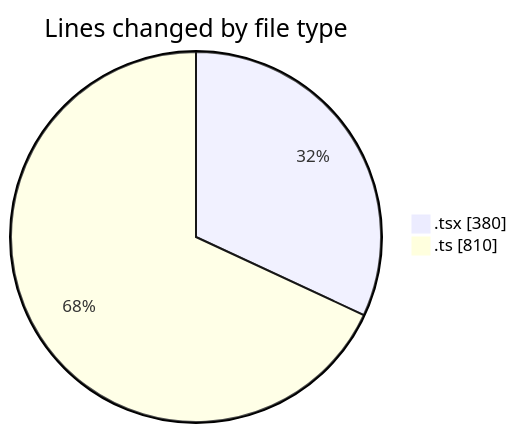
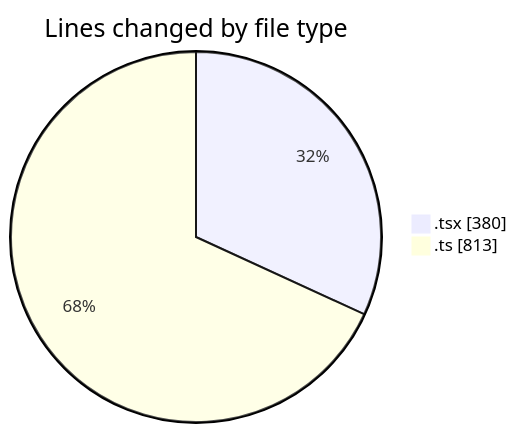
Before and after one commit to nxtqubesakshisongat/code-tracking: the first of 2 diagrams in 2026-02-05/nxtqube_webapp/README.md, drawn with Mermaid. The commit also changed other lines of this file and 1 other file, not shown here.

````diff
--- a/2026-02-05/nxtqube_webapp/README.md
+++ b/2026-02-05/nxtqube_webapp/README.md
@@ -25,6 +25,6 @@
 ```mermaid
 pie showData
 title Lines changed by file type
 ".tsx" : 380
-".ts" : 810
+".ts" : 813
 ```
````
